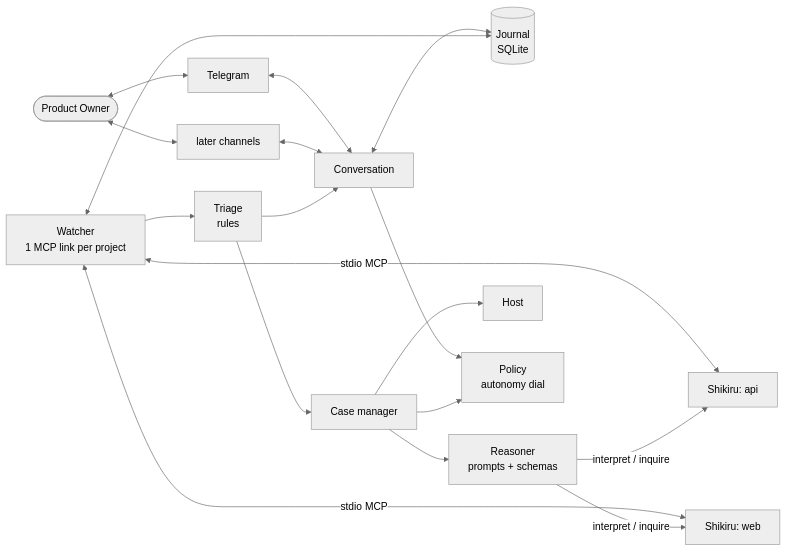
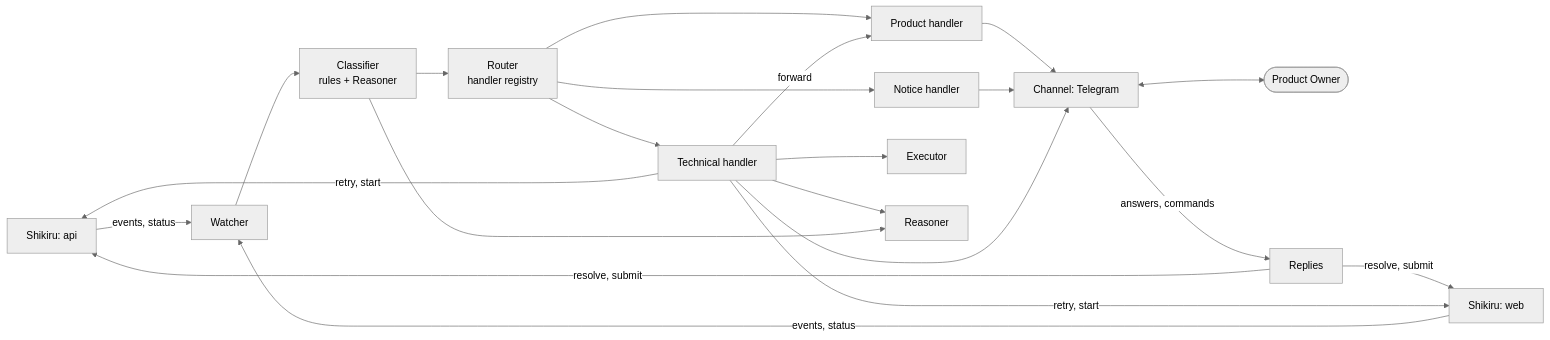
Before and after one commit to ferrum-code-dev/shikiri-yaku: the diagram in docs/design.md, drawn with Mermaid (neutral theme). The commit also changed other lines of this file and 2 other files, not shown here.

First line of the commit message:
Redesign the Operator as an extensible escalation router

````diff
--- a/docs/design.md
+++ b/docs/design.md
@@ -28,16 +33,17 @@
 ```mermaid
 flowchart LR
-  PO([Product Owner]) <--> TG[Telegram] & CH2[later channels]
-  TG & CH2 <--> CN[Conversation]
-  CN <--> J[(Journal<br/>SQLite)]
-  W[Watcher<br/>1 MCP link per project] <--> J
-  W <-->|stdio MCP| S1[Shikiru: api]
-  W <-->|stdio MCP| S2[Shikiru: web]
-  W --> T[Triage<br/>rules]
-  T --> CN
-  T --> C[Case manager]
-  C --> R[Reasoner<br/>prompts + schemas]
-  C --> H[Host]
-  R -->|interpret / inquire| S1 & S2
-  CN & C --> PL[Policy<br/>autonomy dial]
+  S1[Shikiru: api] & S2[Shikiru: web] -->|events, status| W[Watcher]
+  W --> C[Classifier<br/>rules + Reasoner]
+  C --> R[Router<br/>handler registry]
+  R --> TH[Technical handler]
+  R --> PH[Product handler]
+  R --> NH[Notice handler]
+  TH -->|forward| PH
+  TH --> X[Executor]
+  TH & C --> RS[Reasoner]
+  PH & NH & TH --> CH[Channel: Telegram]
+  CH <--> PO([Product Owner])
+  CH -->|answers, commands| A[Replies]
+  A -->|resolve, submit| S1 & S2
+  TH -->|retry, start| S1 & S2
 ```
````
